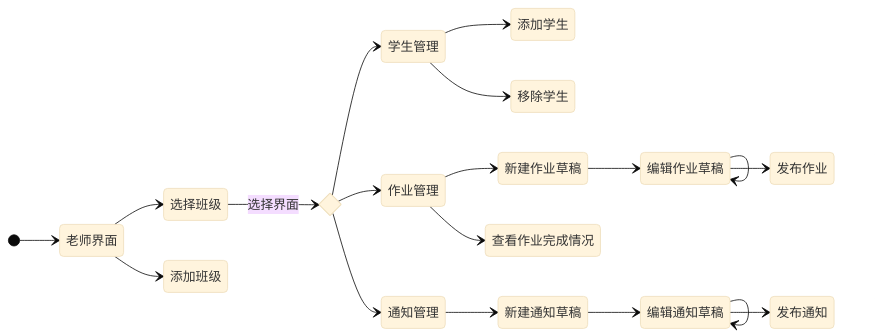
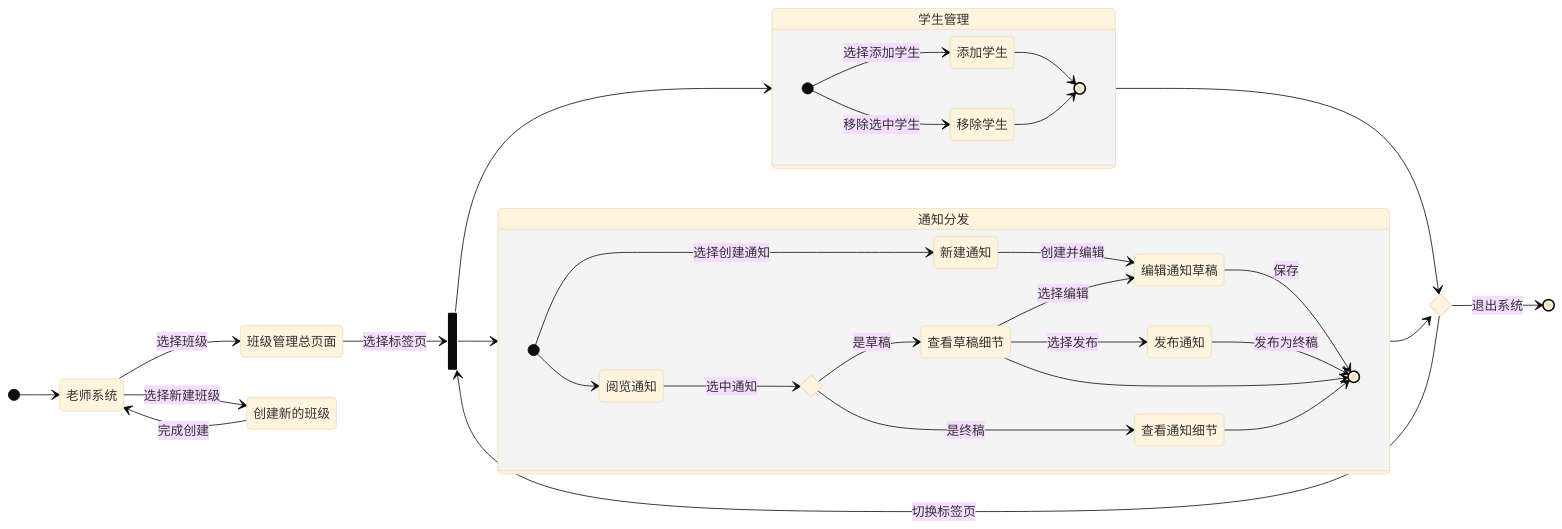
The diagram in doc/need-anal/state-tch.mmd (Group-Lynx/grid), drawn with Mermaid (base theme) before and after one commit. The commit also changed 2 other files, not shown here.

Commit message:
状态图

```diff
--- a/doc/need-anal/state-tch.mmd
+++ b/doc/need-anal/state-tch.mmd
@@ -1,27 +1,49 @@
 stateDiagram-v2
 direction LR
-    [*] --> 老师界面
+    [*] --> 老师系统
 
-    老师界面 --> 选择班级
-    老师界面 --> 添加班级
+    老师系统 --> 班级管理总页面: 选择班级
+    老师系统 --> 创建新的班级: 选择新建班级
+    创建新的班级 --> 老师系统: 完成创建
 
-    state choose_tab <<choice>>
-    选择班级 --> choose_tab: 选择界面
-    choose_tab --> 学生管理
-    choose_tab --> 作业管理
-    choose_tab --> 通知管理
+    state ChooseTab <<fork>>
+    班级管理总页面 --> ChooseTab: 选择标签页
 
-    学生管理 --> 添加学生
-    学生管理 --> 移除学生
+    state 学生管理 {
+        direction LR
 
-    作业管理 --> 新建作业草稿
-    新建作业草稿 --> 编辑作业草稿
-    编辑作业草稿 --> 编辑作业草稿
-    编辑作业草稿 --> 发布作业
+        [*] --> 添加学生: 选择添加学生
+        [*] --> 移除学生: 移除选中学生
+        
+        添加学生 --> [*]
+        移除学生 --> [*]
+    }
+    state 通知分发 {
+        direction LR
 
-    作业管理 --> 查看作业完成情况
+        [*] --> 阅览通知
+        [*] --> 新建通知: 选择创建通知
+        新建通知 --> 编辑通知草稿: 创建并编辑
 
-    通知管理 --> 新建通知草稿
-    新建通知草稿 --> 编辑通知草稿
-    编辑通知草稿 --> 编辑通知草稿
-    编辑通知草稿 --> 发布通知
+        state MsgBranch <<choice>>
+        阅览通知 --> MsgBranch: 选中通知
+        MsgBranch --> 查看草稿细节: 是草稿
+        查看草稿细节 --> 编辑通知草稿: 选择编辑
+        查看草稿细节 --> 发布通知: 选择发布
+        编辑通知草稿 --> [*]: 保存
+        发布通知 --> [*]: 发布为终稿
+        查看草稿细节 --> [*]
+        MsgBranch --> 查看通知细节: 是终稿
+        查看通知细节 --> [*]
+        [*]
+    }
+
+    ChooseTab --> 学生管理
+    ChooseTab --> 通知分发
+
+    state FinalBranch <<choice>>
+    FinalBranch --> ChooseTab: 切换标签页
+    FinalBranch --> [*]: 退出系统
+
+    学生管理 --> FinalBranch
+    通知分发 --> FinalBranch
```
